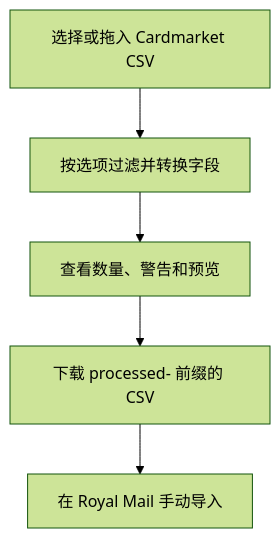
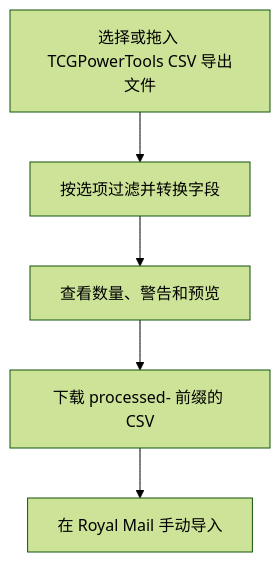
Before and after one commit to tjx0726/P9_Tampermonkey: the diagram in royal-mail-csv/README.zh-CN.md, drawn with Mermaid (forest theme). The commit also changed other lines of this file and 6 other files, not shown here.

Commit message:
Correct Royal Mail CSV source wording to TCGPowerTools

````diff
--- a/royal-mail-csv/README.zh-CN.md
+++ b/royal-mail-csv/README.zh-CN.md
@@ -30,7 +30,7 @@
 ```mermaid
 flowchart TD
-    A[选择或拖入 Cardmarket CSV] --> B[按选项过滤并转换字段]
+    A[选择或拖入 TCGPowerTools CSV 导出文件] --> B[按选项过滤并转换字段]
     B --> C[查看数量、警告和预览]
     C --> D[下载 processed- 前缀的 CSV]
     D --> E[在 Royal Mail 手动导入]
 ```
````
